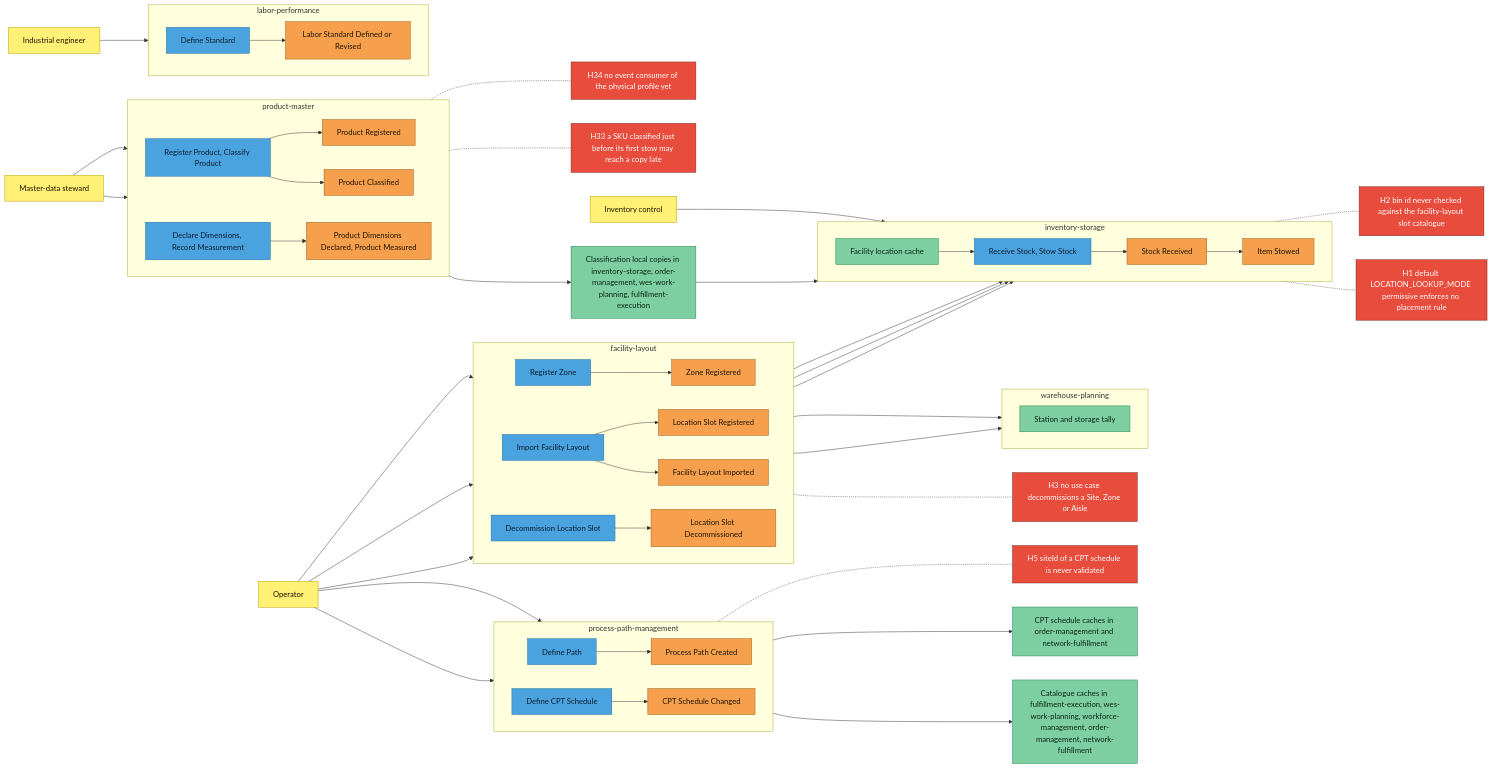
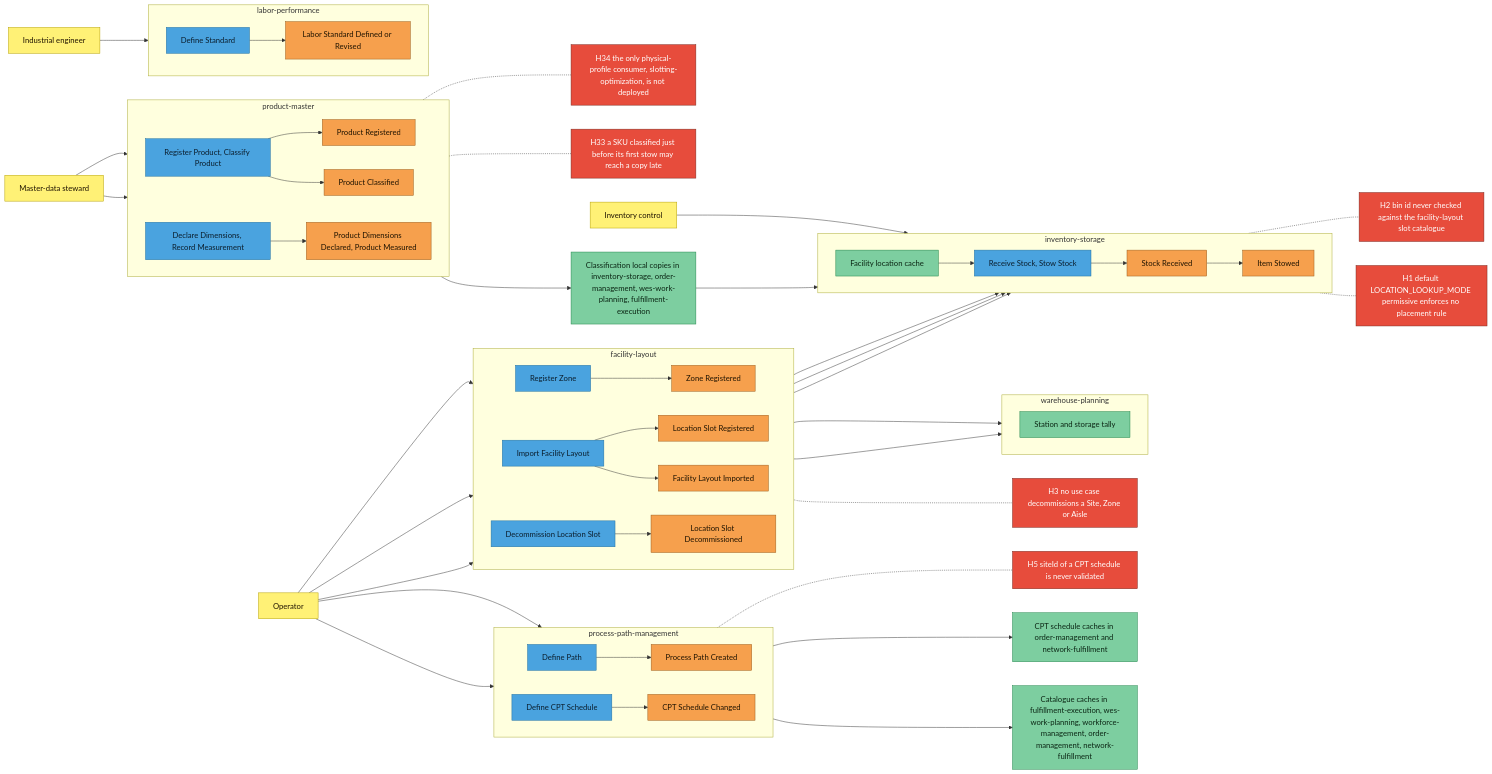
Before and after one commit to IQVO/warehouse-docs: the third of 8 diagrams in docs/strategic-design/eventstorming-big-picture.md, drawn with Mermaid. The commit also changed other lines of this file and 18 other files, not shown here.

```diff
--- a/docs/strategic-design/eventstorming-big-picture.md
+++ b/docs/strategic-design/eventstorming-big-picture.md
@@ -274,7 +284,7 @@
     C3 -.- H3
     E6 -.- H5
     H33["H33 a SKU classified just before its first stow may reach a copy late"]:::hotspot
-    H34["H34 no event consumer of the physical profile yet"]:::hotspot
+    H34["H34 the only physical-profile consumer, slotting-optimization, is not deployed"]:::hotspot
     E11 -.- H33
     E12 -.- H34
 
```
